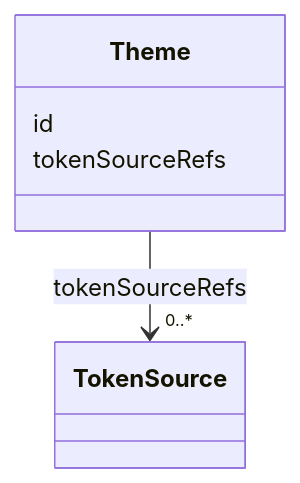
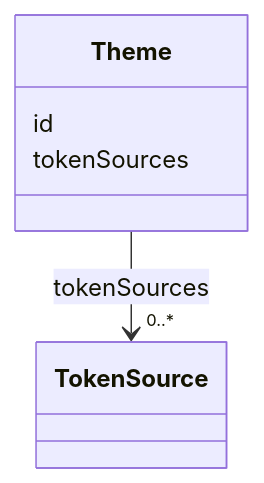
One commit to openuji/spec-ujg changed the sixth of 7 diagrams in specs/ed/modules/design-system/index.md. Above: the diagram before and after it, drawn with Mermaid. The commit also changed other lines of this file and 370 other files, not shown here.

````diff
--- a/specs/ed/modules/design-system/index.md
+++ b/specs/ed/modules/design-system/index.md
@@ -277,9 +230,9 @@
 ```mermaid
 classDiagram
   class TokenSource
   class Theme {
     id
-    tokenSourceRefs
+    tokenSources
   }
-  Theme --> "0..*" TokenSource : tokenSourceRefs
+  Theme --> "0..*" TokenSource : tokenSources
 ```
````
